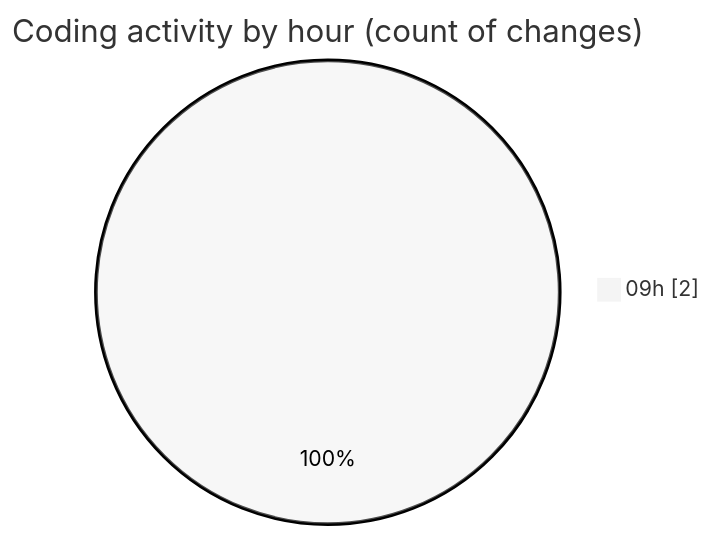
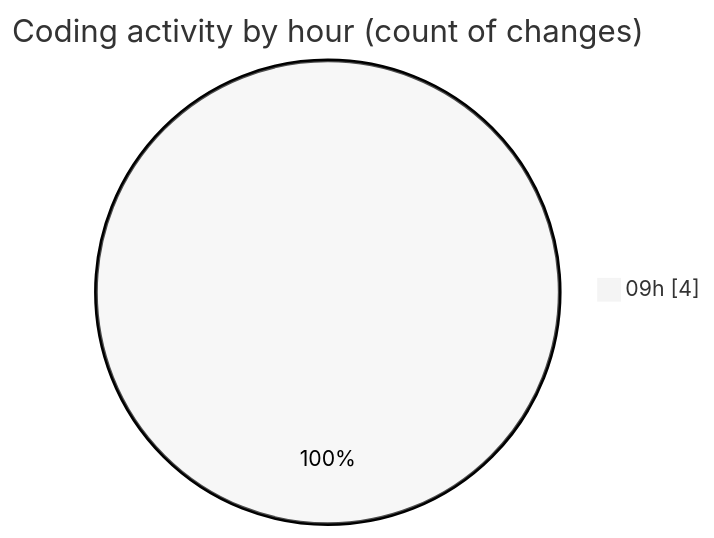
One commit to trdunsworth/code-tracking changed the second of 2 diagrams in 2025-04-22/synth_911data_gen/README.md. Above: the diagram before and after it, drawn with Mermaid (neutral theme). The commit also changed other lines of this file and 1 other file, not shown here.

````diff
--- a/2025-04-22/synth_911data_gen/README.md
+++ b/2025-04-22/synth_911data_gen/README.md
@@ -30,5 +30,5 @@
 ```mermaid
 pie showData
 title Coding activity by hour (count of changes)
-"09h" : 2
+"09h" : 4
 ```
````
